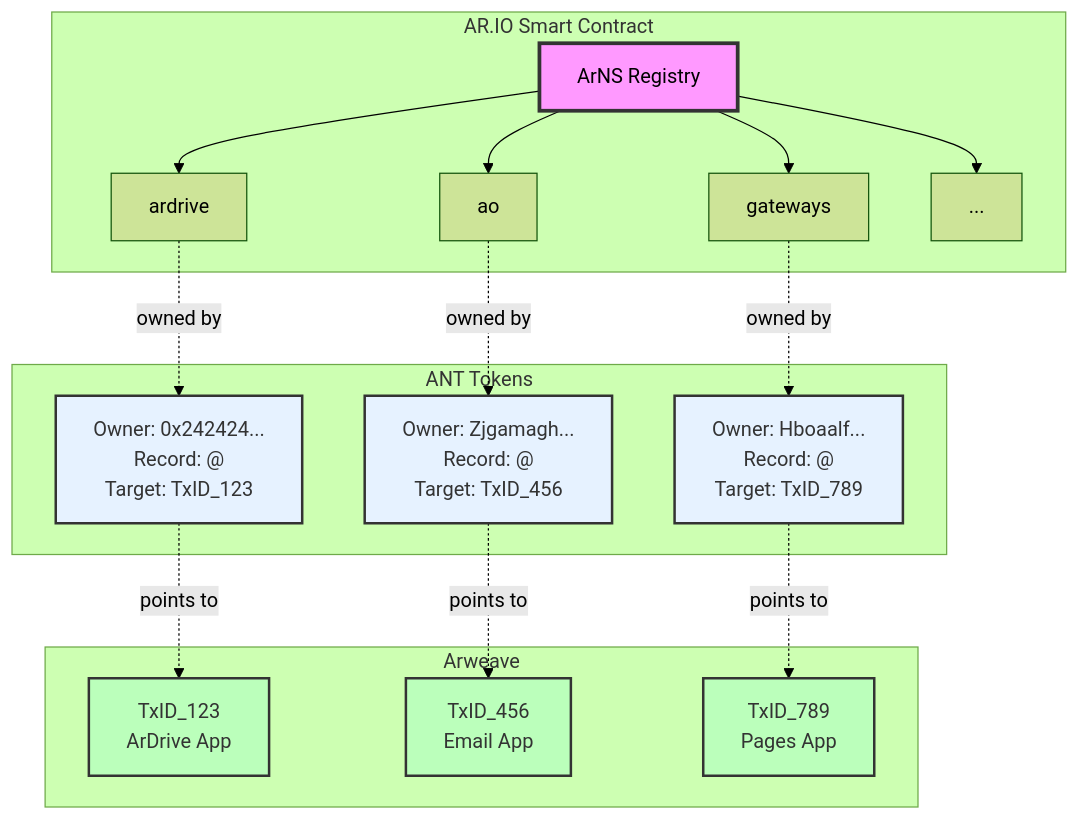
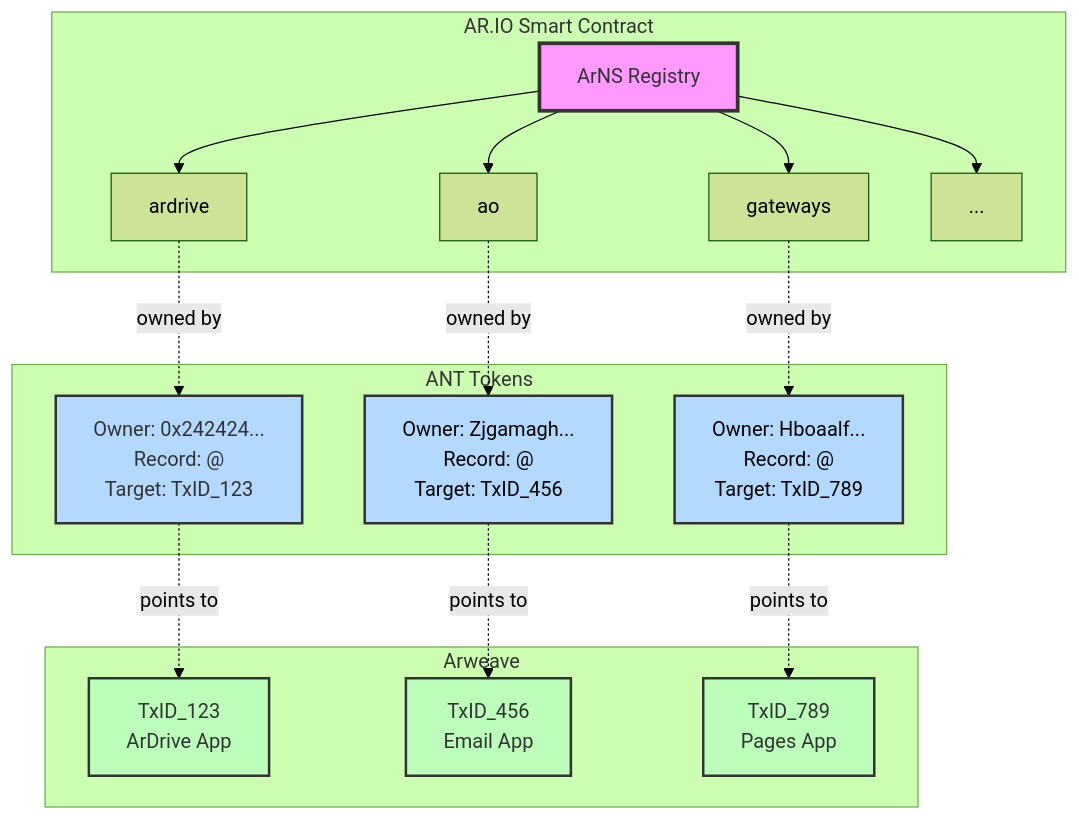
The first of 2 diagrams in content/learn/arns/index.mdx (ar-io/docs), drawn with Mermaid (forest theme) before and after one commit. The commit also changed other lines of this file and 1 other file, not shown here.

Commit message:
fix(arns): updated mermaid diagrams

````diff
--- a/content/learn/arns/index.mdx
+++ b/content/learn/arns/index.mdx
@@ -20,30 +20,30 @@
 ```mermaid
 graph TB
     subgraph "AR.IO Smart Contract"
         Registry[ArNS Registry]
         Registry --> Name1[ardrive]
         Registry --> Name2[ao]
         Registry --> Name3[gateways]
         Registry --> NameN[...]
     end
     
     subgraph "ANT Tokens"
         Name1 -.->|owned by| ANT1[Owner: 0x242424...<br/>Record: @<br/>Target: TxID_123]
         Name2 -.->|owned by| ANT2[Owner: Zjgamagh...<br/>Record: @<br/>Target: TxID_456]
         Name3 -.->|owned by| ANT3[Owner: Hboaalf...<br/>Record: @<br/>Target: TxID_789]
     end
     
     subgraph "Arweave"
         ANT1 -.->|points to| TX1[TxID_123<br/>ArDrive App]
         ANT2 -.->|points to| TX2[TxID_456<br/>Email App]
         ANT3 -.->|points to| TX3[TxID_789<br/>Pages App]
     end
     
-    style Registry fill:#f9f,stroke:#333,stroke-width:3px
-    style ANT1 fill:#e6f2ff,stroke:#333,stroke-width:2px,color:#333
-    style ANT2 fill:#e6f2ff,stroke:#333,stroke-width:2px,color:#333
-    style ANT3 fill:#e6f2ff,stroke:#333,stroke-width:2px,color:#333
+    style Registry fill:#f9f,stroke:#333,stroke-width:3px,color:#333
+    style ANT1 fill:#b3d9ff,stroke:#333,stroke-width:2px,color:#333
+    style ANT2 fill:#b3d9ff,stroke:#333,stroke-width:2px
+    style ANT3 fill:#b3d9ff,stroke:#333,stroke-width:2px
     style TX1 fill:#bfb,stroke:#333,stroke-width:2px,color:#333
     style TX2 fill:#bfb,stroke:#333,stroke-width:2px,color:#333
     style TX3 fill:#bfb,stroke:#333,stroke-width:2px,color:#333
 ```
````
